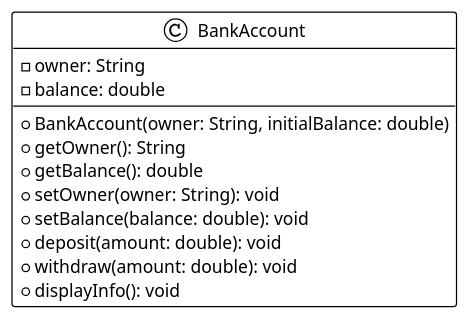
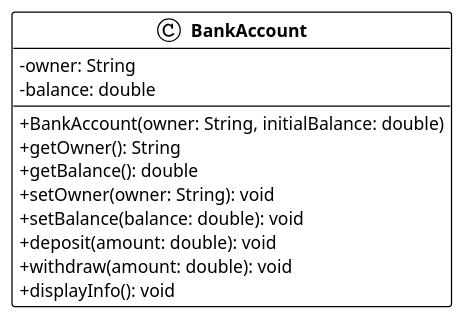
The diagram in 01-contenus-du-cours/05-programmation-orientee-objet-encapsulation-et-heritage/images/bankaccount-validation.puml (heig-vd-progim-course/heig-vd-progim2-course), drawn with PlantUML before and after one commit. The commit also changed 89 other files, not shown here.

Commit message:
Enhance UML diagrams for vehicles without inheritance

```diff
--- a/01-contenus-du-cours/05-programmation-orientee-objet-encapsulation-et-heritage/images/bankaccount-validation.puml
+++ b/01-contenus-du-cours/05-programmation-orientee-objet-encapsulation-et-heritage/images/bankaccount-validation.puml
@@ -1,18 +1,23 @@
-@startuml
+@startuml bankaccount-validation
 !theme plain
+
+skinparam classAttributeIconSize 0
+skinparam classFontStyle bold
 
 class BankAccount {
   - owner: String
   - balance: double
   --
   + BankAccount(owner: String, initialBalance: double)
   + getOwner(): String
   + getBalance(): double
   + setOwner(owner: String): void
   + setBalance(balance: double): void
   + deposit(amount: double): void
   + withdraw(amount: double): void
   + displayInfo(): void
 }
 
+
+
 @enduml
```
